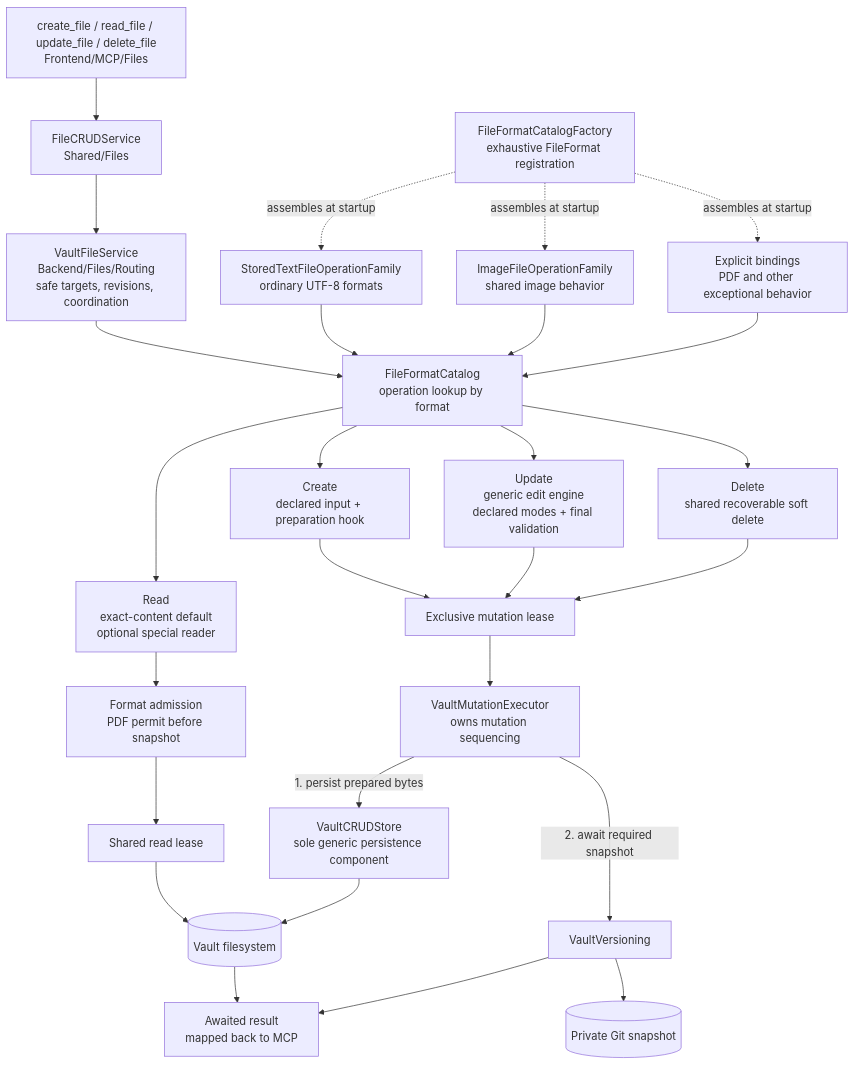
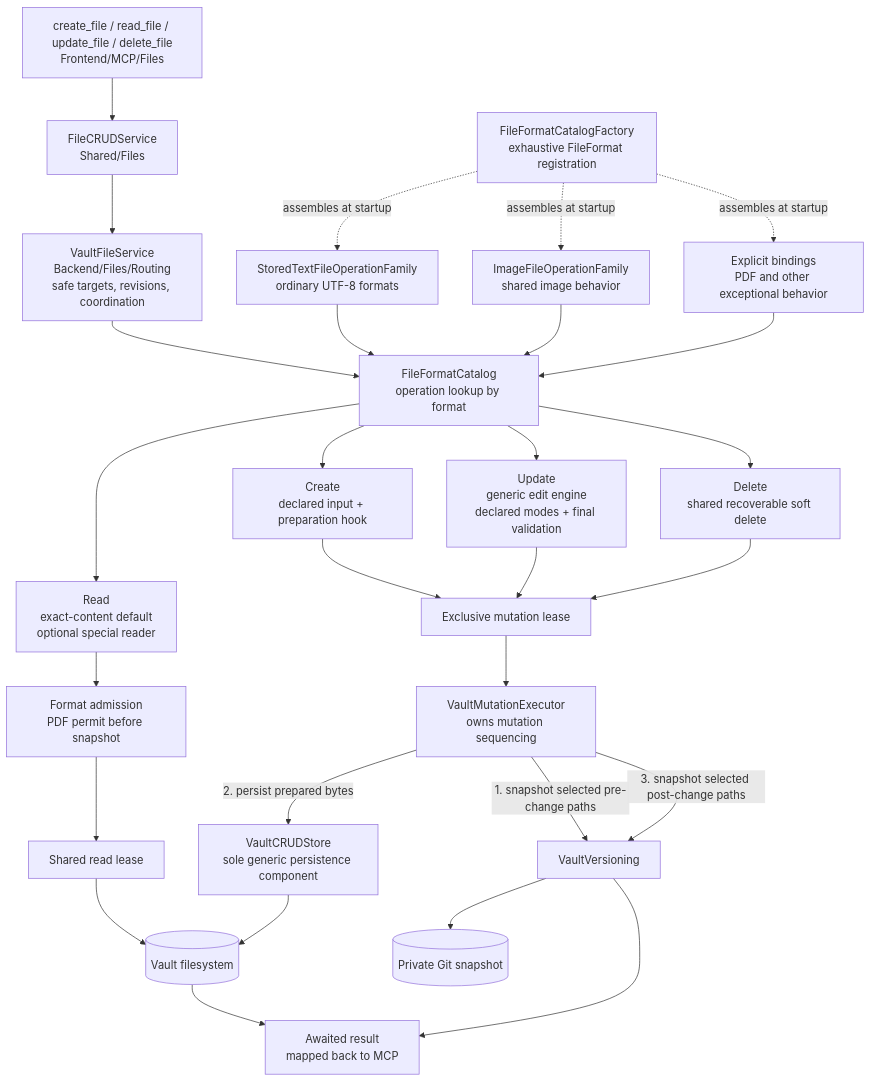
One commit to bitbemol/second-brain-mcp changed the second of 2 diagrams in README.md. Above: the diagram before and after it, drawn with Mermaid. The commit also changed other lines of this file and 21 other files, not shown here.

````diff
--- a/README.md
+++ b/README.md
@@ -491,49 +491,51 @@
 ```mermaid
 flowchart TD
     Tools["create_file / read_file / update_file / delete_file<br/>Frontend/MCP/Files"]
     Port["FileCRUDService<br/>Shared/Files"]
     Service["VaultFileService<br/>Backend/Files/Routing<br/>safe targets, revisions, coordination"]
 
     Factory["FileFormatCatalogFactory<br/>exhaustive FileFormat registration"]
     TextFamily["StoredTextFileOperationFamily<br/>ordinary UTF-8 formats"]
     ImageFamily["ImageFileOperationFamily<br/>shared image behavior"]
     Explicit["Explicit bindings<br/>PDF and other exceptional behavior"]
     Catalog["FileFormatCatalog<br/>operation lookup by format"]
 
     Create["Create<br/>declared input + preparation hook"]
     Read["Read<br/>exact-content default<br/>optional special reader"]
     Update["Update<br/>generic edit engine<br/>declared modes + final validation"]
     Delete["Delete<br/>shared recoverable soft delete"]
 
     ReadAdmission["Format admission<br/>PDF permit before snapshot"]
     ReadLease["Shared read lease"]
     MutationLease["Exclusive mutation lease"]
     Store["VaultCRUDStore<br/>sole generic persistence component"]
     Executor["VaultMutationExecutor<br/>owns mutation sequencing"]
     Versioning["VaultVersioning"]
     Vault[("Vault filesystem")]
     Git[("Private Git snapshot")]
     Result["Awaited result<br/>mapped back to MCP"]
 
     Tools --> Port --> Service --> Catalog
     Factory -. "assembles at startup" .-> TextFamily
     Factory -. "assembles at startup" .-> ImageFamily
     Factory -. "assembles at startup" .-> Explicit
     TextFamily --> Catalog
     ImageFamily --> Catalog
     Explicit --> Catalog
 
     Catalog --> Create
     Catalog --> Read
     Catalog --> Update
     Catalog --> Delete
 
     Read --> ReadAdmission --> ReadLease --> Vault --> Result
     Create --> MutationLease
     Update --> MutationLease
     Delete --> MutationLease
     MutationLease --> Executor
-    Executor -->|"1. persist prepared bytes"| Store --> Vault
-    Executor -->|"2. await required snapshot"| Versioning --> Git
+    Executor -->|"1. snapshot selected pre-change paths"| Versioning
+    Executor -->|"2. persist prepared bytes"| Store --> Vault
+    Executor -->|"3. snapshot selected post-change paths"| Versioning
+    Versioning --> Git
     Versioning --> Result
 ```
````
